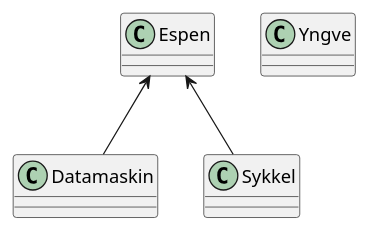
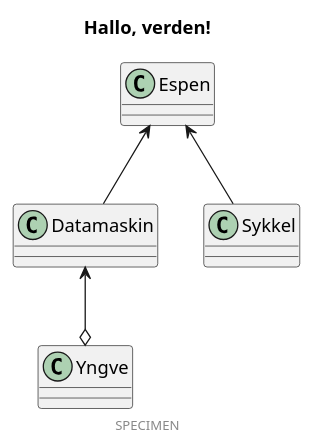
The diagram in LMDI/input/images/test.puml (HL7Norway/LMDI), drawn with PlantUML before and after one commit.

Commit message:
Update test.puml
For å teste pu-script.

```diff
--- a/LMDI/input/images/test.puml
+++ b/LMDI/input/images/test.puml
@@ -1,11 +1,15 @@
 @startuml
+
+title Hallo, verden!
+footer SPECIMEN
 
 class Espen
 class Datamaskin
 class Sykkel
 class Yngve
 
 Espen <-- Datamaskin
 Espen <-- Sykkel
+Datamaskin <--o Yngve
 
 @enduml
```
